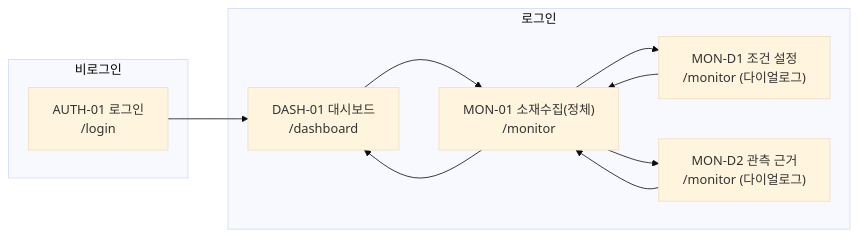
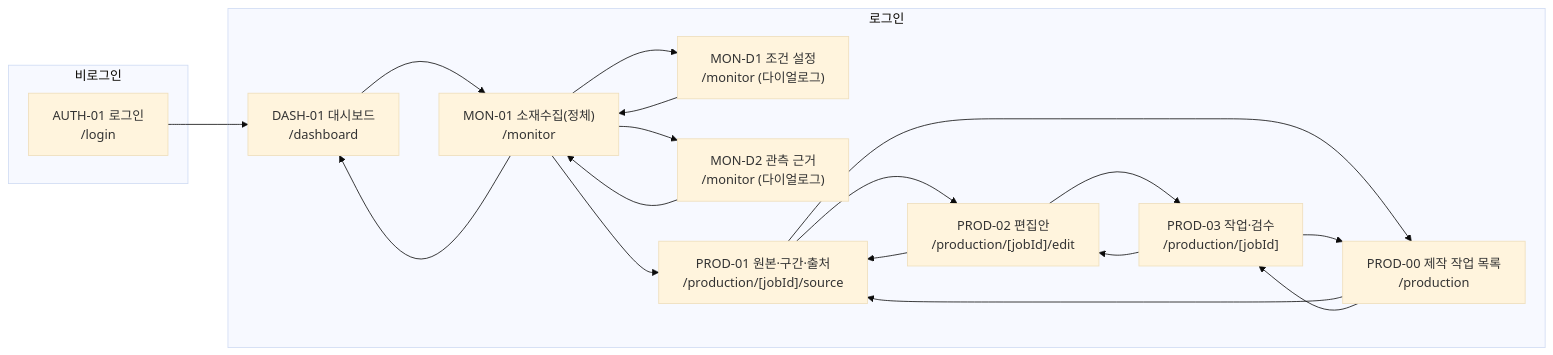
One commit to DevOps0906/Nomadroom-Studio changed the diagram in docs/diagrams/sitemap.mmd. Above: the diagram before and after it, drawn with Mermaid (base theme). The commit also changed 52 other files, not shown here.

```diff
--- a/docs/diagrams/sitemap.mmd
+++ b/docs/diagrams/sitemap.mmd
@@ -1,17 +1,30 @@
 flowchart LR
   subgraph g0["비로그인"]
     n_AUTH_01["AUTH-01 로그인<br/>/login"]
   end
   subgraph g1["로그인"]
     n_DASH_01["DASH-01 대시보드<br/>/dashboard"]
     n_MON_01["MON-01 소재수집(정체)<br/>/monitor"]
     n_MON_D1["MON-D1 조건 설정<br/>/monitor (다이얼로그)"]
     n_MON_D2["MON-D2 관측 근거<br/>/monitor (다이얼로그)"]
+    n_PROD_00["PROD-00 제작 작업 목록<br/>/production"]
+    n_PROD_01["PROD-01 원본·구간·출처<br/>/production/[jobId]/source"]
+    n_PROD_02["PROD-02 편집안<br/>/production/[jobId]/edit"]
+    n_PROD_03["PROD-03 작업·검수<br/>/production/[jobId]"]
   end
   n_AUTH_01 --> n_DASH_01
   n_DASH_01 --> n_MON_01
   n_MON_01 --> n_MON_D1
   n_MON_01 --> n_MON_D2
   n_MON_01 --> n_DASH_01
+  n_MON_01 --> n_PROD_01
   n_MON_D1 --> n_MON_01
   n_MON_D2 --> n_MON_01
+  n_PROD_00 --> n_PROD_01
+  n_PROD_00 --> n_PROD_03
+  n_PROD_01 --> n_PROD_02
+  n_PROD_01 --> n_PROD_00
+  n_PROD_02 --> n_PROD_03
+  n_PROD_02 --> n_PROD_01
+  n_PROD_03 --> n_PROD_02
+  n_PROD_03 --> n_PROD_00
```
